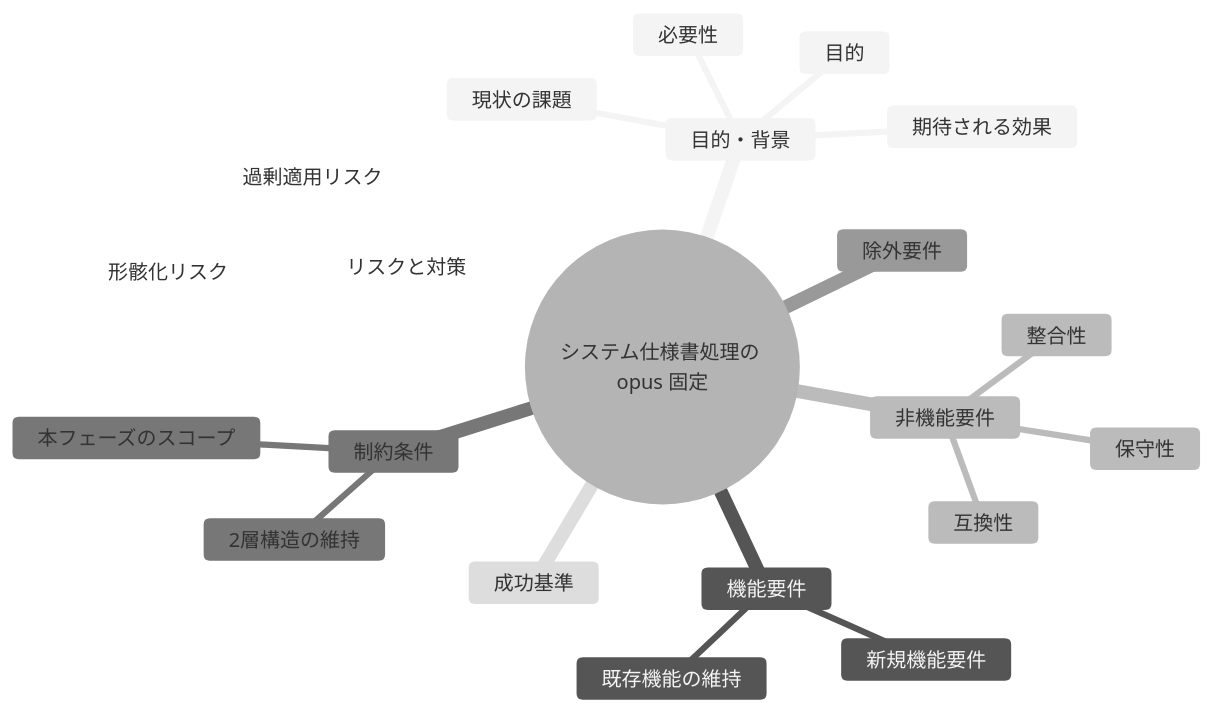
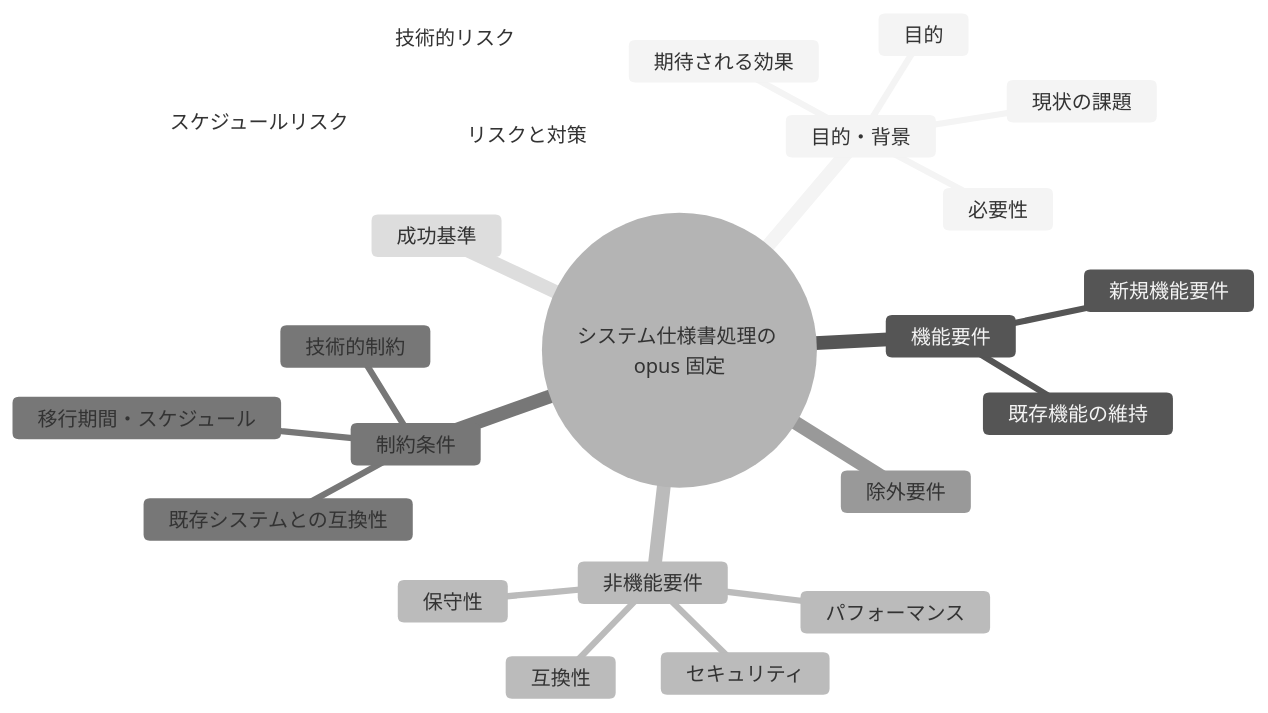
One commit to techbeansjp-free/AGENTS.md changed the first of 2 diagrams in docs/maintainer/workflow/20260714_185149_システム仕様書処理opus固定/00_要求定義.md. Above: the diagram before and after it, drawn with Mermaid (neutral theme).

Commit message:
docs: 実装前ドキュメントレビューで00マインドマップをセクション見出しへ整合
- 非機能要件/制約条件/リスクと対策の下位ノードを本文§3/§4/§7の実セクション名へ修正
- テンプレート注記「主要なセクション名程度に留め」に整合

````diff
--- a/docs/maintainer/workflow/20260714_185149_システム仕様書処理opus固定/00_要求定義.md
+++ b/docs/maintainer/workflow/20260714_185149_システム仕様書処理opus固定/00_要求定義.md
@@ -32,24 +32,26 @@
 ```mermaid
 mindmap
   root((システム仕様書処理の opus 固定))
     目的・背景
       目的
       現状の課題
       必要性
       期待される効果
     機能要件
       既存機能の維持
       新規機能要件
     非機能要件
-      整合性
+      パフォーマンス
+      セキュリティ
+      互換性
       保守性
-      互換性
     制約条件
-      2層構造の維持
-      本フェーズのスコープ
+      技術的制約
+      既存システムとの互換性
+      移行期間・スケジュール
     除外要件
     成功基準
     リスクと対策
-      過剰適用リスク
-      形骸化リスク
+      技術的リスク
+      スケジュールリスク
 ```
````
